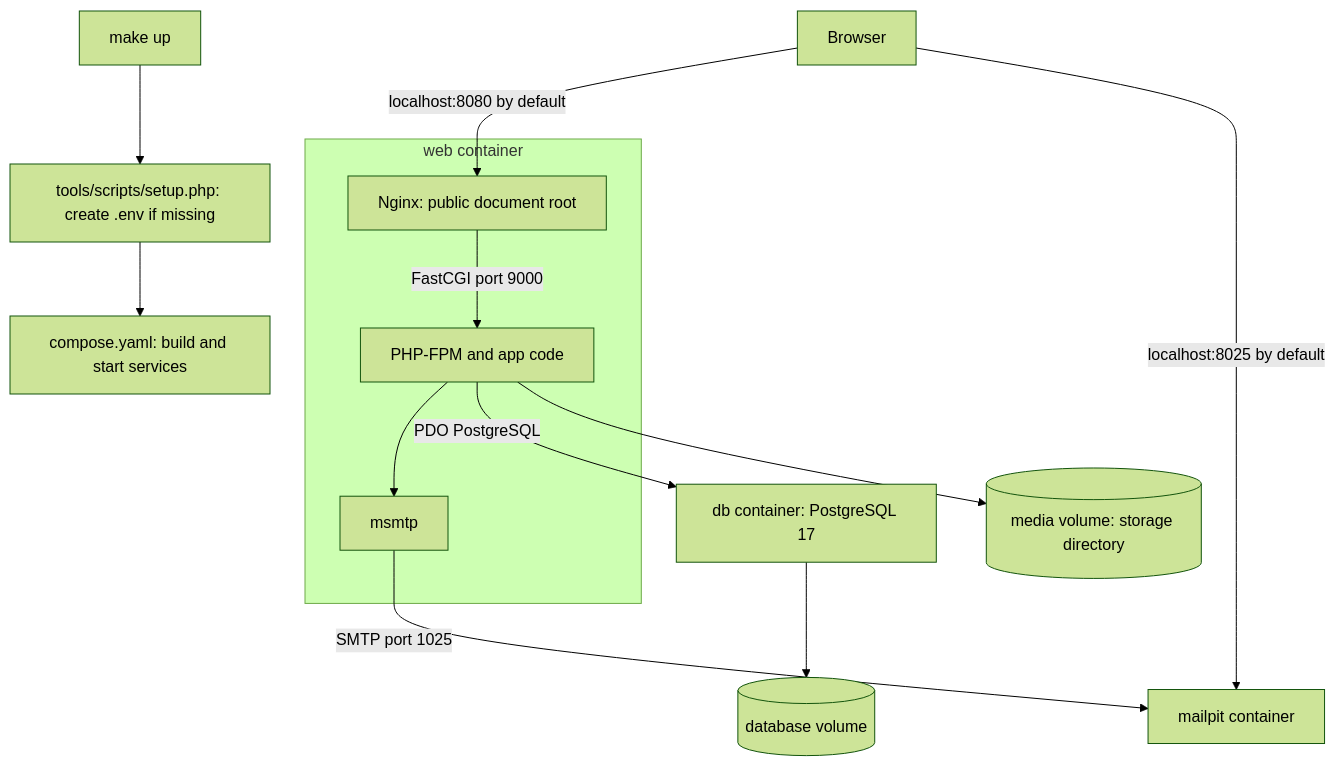
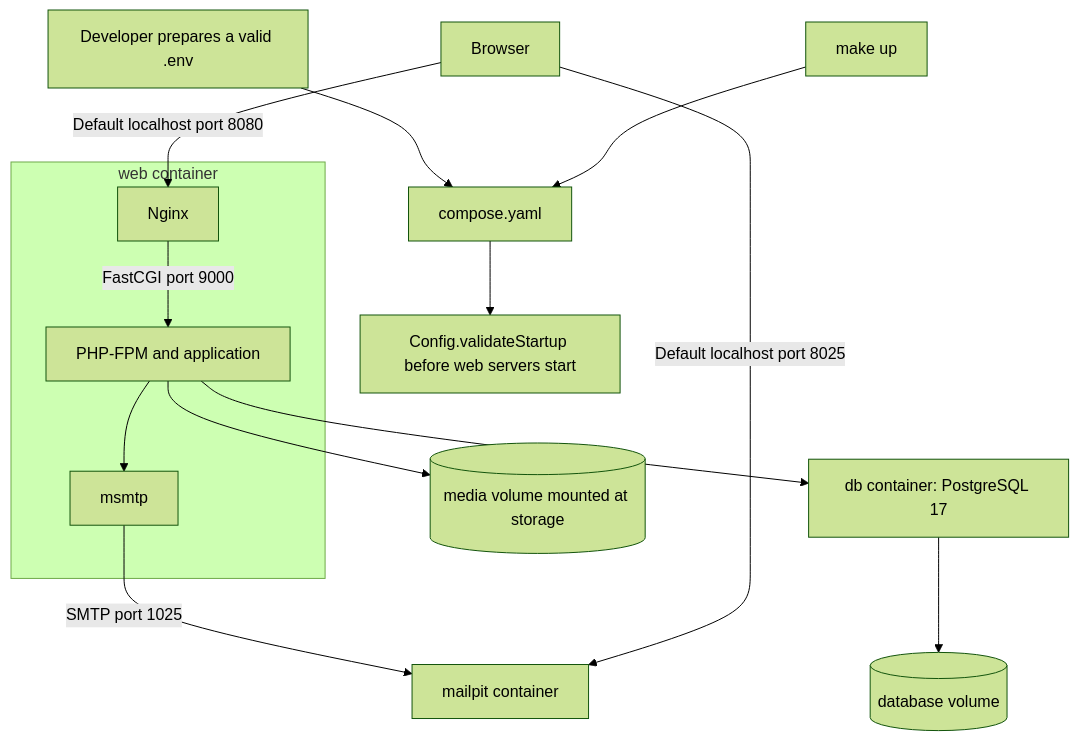
The eighth of 8 diagrams in ARCHITECTURE.md (mtellami/camagru), drawn with Mermaid (forest theme) before and after one commit. The commit also changed other lines of this file and 53 other files, not shown here.

````diff
--- a/ARCHITECTURE.md
+++ b/ARCHITECTURE.md
@@ -331,15 +377,16 @@
 ```mermaid
 flowchart TD
-    Make[make up] --> Setup[tools/scripts/setup.php: create .env if missing]
-    Setup --> Compose[compose.yaml: build and start services]
-    Browser[Browser] -->|localhost:8080 by default| Nginx
+    Env[Developer prepares a valid .env] --> Compose[compose.yaml]
+    Make[make up] --> Compose
+    Compose --> Validation[Config.validateStartup before web servers start]
+    Browser[Browser] -->|Default localhost port 8080| Nginx
     subgraph Web[web container]
-        Nginx[Nginx: public document root] -->|FastCGI port 9000| PHP[PHP-FPM and app code]
+        Nginx[Nginx] -->|FastCGI port 9000| PHP[PHP-FPM and application]
         PHP --> MSMTP[msmtp]
     end
-    PHP -->|PDO PostgreSQL| DB[db container: PostgreSQL 17]
+    PHP --> DB[db container: PostgreSQL 17]
     DB --> DBVolume[(database volume)]
-    PHP --> Storage[(media volume: storage directory)]
+    PHP --> Storage[(media volume mounted at storage)]
     MSMTP -->|SMTP port 1025| Mail[mailpit container]
-    Browser -->|localhost:8025 by default| Mail
+    Browser -->|Default localhost port 8025| Mail
 ```
````
